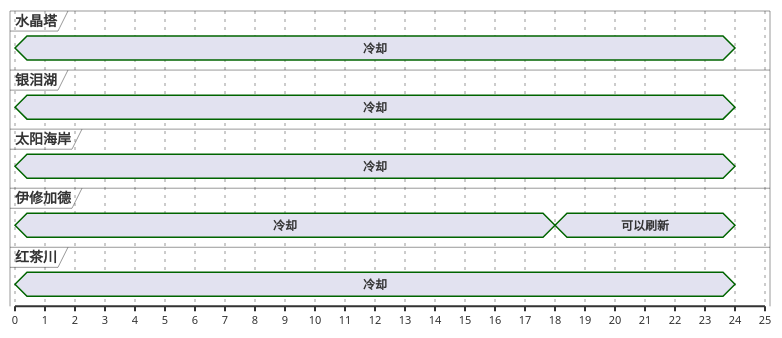
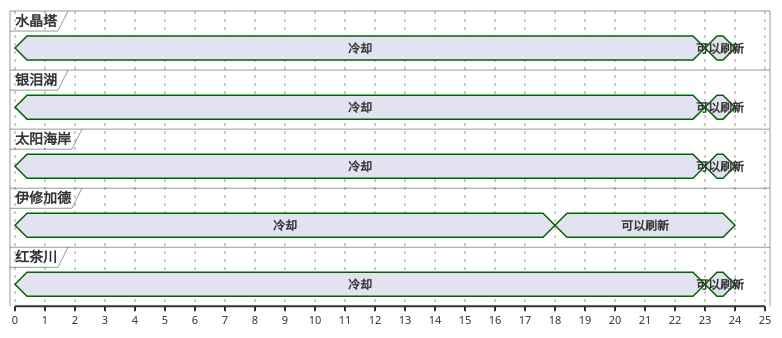
The fourth of 13 diagrams in ffxiv/hunt/2.0/Safat.md (Eroleice/doc-pi), drawn with PlantUML before and after one commit. The commit also changed other lines of this file and 38 other files, not shown here.

````diff
--- a/ffxiv/hunt/2.0/Safat.md
+++ b/ffxiv/hunt/2.0/Safat.md
@@ -192,33 +199,37 @@
 ```plantuml
 @startuml
 scale 1 as 30 pixels
 
 concise 水晶塔
 concise 银泪湖
 concise 太阳海岸
 concise 伊修加德
 concise 红茶川
 
 @太阳海岸
 0 is 冷却
+23 is 可以刷新
 24 is {hidden}
 
 @银泪湖
 0 is 冷却
+23 is 可以刷新
 24 is {hidden}
 
 @红茶川
 0 is 冷却
+23 is 可以刷新
 24 is {hidden}
 
 @水晶塔
 0 is 冷却
+23 is 可以刷新
 24 is {hidden}
 
 @伊修加德
 0 is 冷却
 18 is 可以刷新
 24 is {hidden}
 
 @enduml
 ```
````
